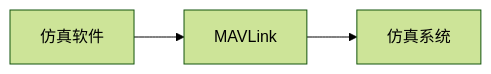
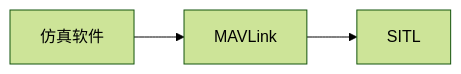
The diagram in simulation-sitl.md (DimianZhan/PX4DevguideOld), drawn with Mermaid (forest theme) before and after one commit. The commit also changed other lines of this file, not shown here.

First line of the commit message:
Translation revision on SITL from LeeYoungLeon (#65)

```diff
--- a/simulation-sitl.md
+++ b/simulation-sitl.md
@@ -5,5 +5,5 @@
 {% mermaid %}
 graph LR;
   仿真软件-->MAVLink;
-  MAVLink-->仿真系统;
+  MAVLink-->SITL;
 {% endmermaid %}
```
